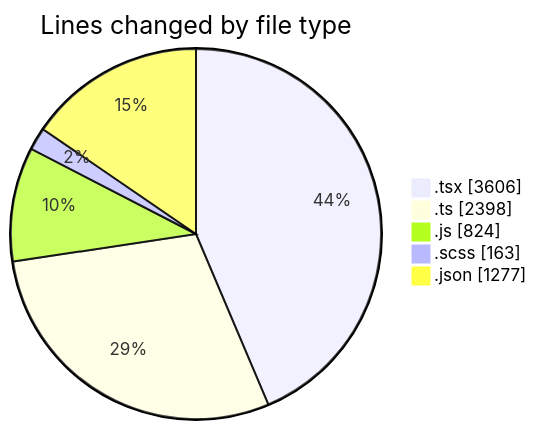
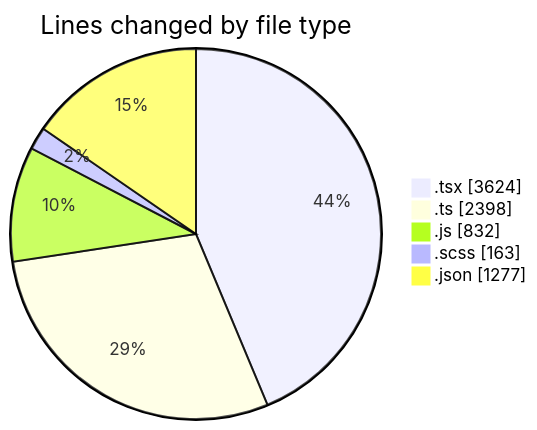
The first of 2 diagrams in 2026-06-15/cda/README.md (momahboobian/code-tracking), drawn with Mermaid before and after one commit. The commit also changed other lines of this file and 1 other file, not shown here.

````diff
--- a/2026-06-15/cda/README.md
+++ b/2026-06-15/cda/README.md
@@ -67,9 +67,9 @@
 ```mermaid
 pie showData
 title Lines changed by file type
-".tsx" : 3606
+".tsx" : 3624
 ".ts" : 2398
-".js" : 824
+".js" : 832
 ".scss" : 163
 ".json" : 1277
 ```
````
